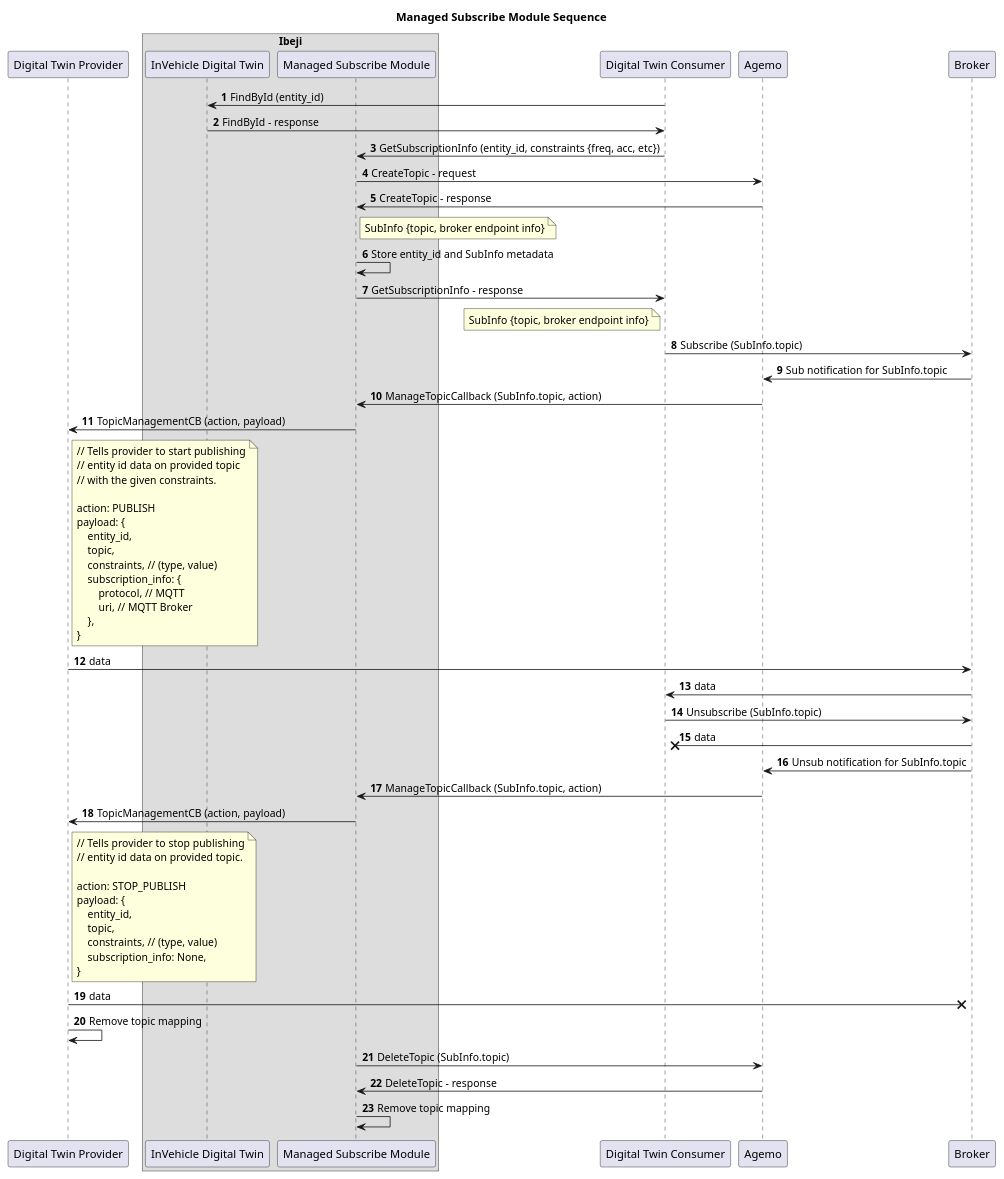
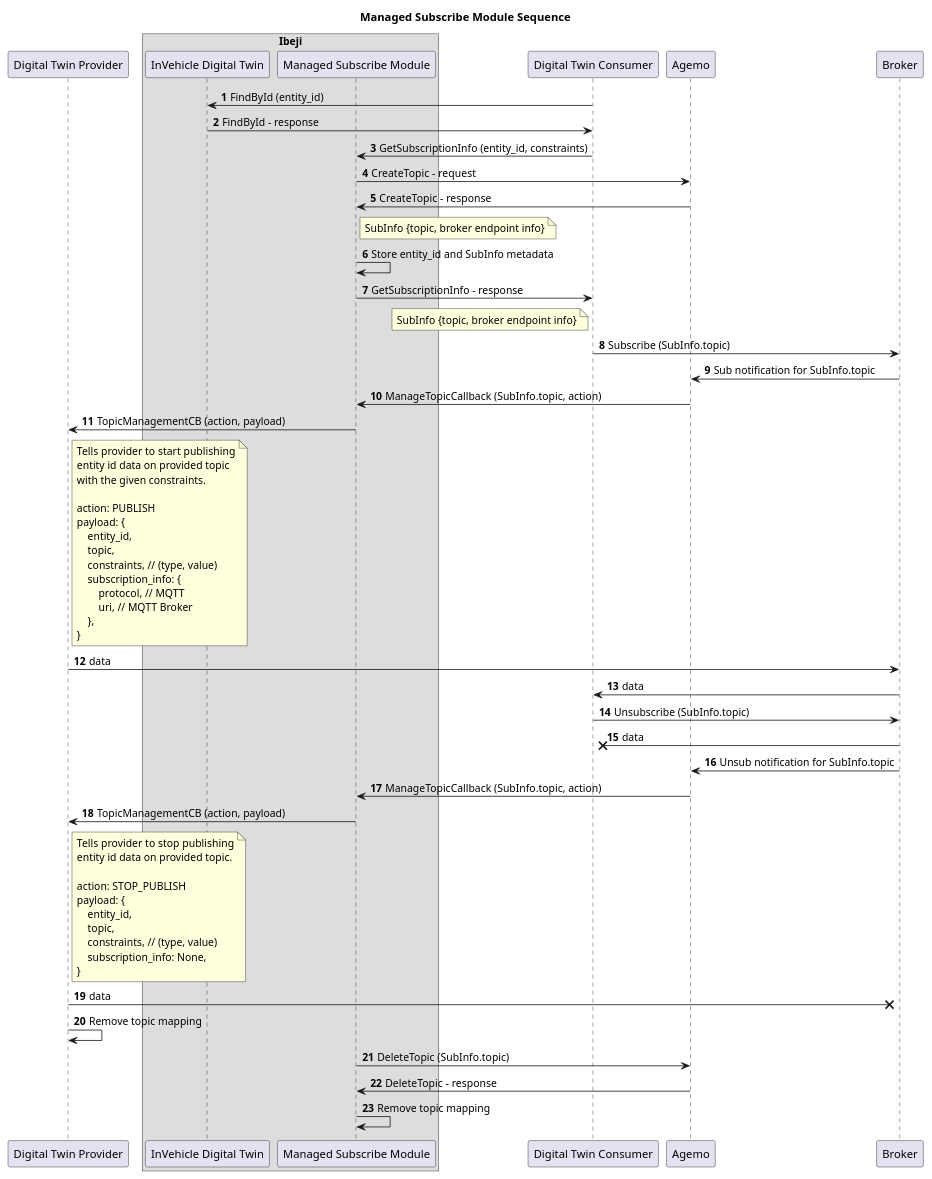
The diagram in docs/design/diagrams/managed_subscribe_module_sequence.puml (eclipse-ibeji/ibeji), drawn with PlantUML before and after one commit. The commit also changed 7 other files, not shown here.

Commit message:
Update diagrams

```diff
--- a/docs/design/diagrams/managed_subscribe_module_sequence.puml
+++ b/docs/design/diagrams/managed_subscribe_module_sequence.puml
@@ -1,67 +1,67 @@
 @startuml Managed Subscribe Module
 title Managed Subscribe Module Sequence
 participant "Digital Twin Provider" as DTProvider
 box "Ibeji"
 participant "InVehicle Digital Twin" as Ibeji
 participant "Managed Subscribe Module" as ManagedSubscribeModule
 end box
 participant "Digital Twin Consumer" as DTConsumer
 participant Agemo
 participant Broker
 
 autonumber
 
 DTConsumer -> Ibeji: FindById (entity_id)
 DTConsumer <- Ibeji: FindById - response
-DTConsumer -> ManagedSubscribeModule: GetSubscriptionInfo (entity_id, constraints {freq, acc, etc})
+DTConsumer -> ManagedSubscribeModule: GetSubscriptionInfo (entity_id, constraints)
 ManagedSubscribeModule -> Agemo: CreateTopic - request
 Agemo -> ManagedSubscribeModule: CreateTopic - response
 note right of ManagedSubscribeModule: SubInfo {topic, broker endpoint info}
 ManagedSubscribeModule -> ManagedSubscribeModule: Store entity_id and SubInfo metadata
 ManagedSubscribeModule -> DTConsumer: GetSubscriptionInfo - response
 note left of DTConsumer: SubInfo {topic, broker endpoint info}
 DTConsumer -> Broker: Subscribe (SubInfo.topic)
 Broker -> Agemo: Sub notification for SubInfo.topic
 Agemo -> ManagedSubscribeModule: ManageTopicCallback (SubInfo.topic, action)
 ManagedSubscribeModule -> DTProvider: TopicManagementCB (action, payload)
 note right of DTProvider
-// Tells provider to start publishing
-// entity id data on provided topic
-// with the given constraints.
+Tells provider to start publishing
+entity id data on provided topic
+with the given constraints.
 
 action: PUBLISH
 payload: {
     entity_id,
     topic,
     constraints, // (type, value)
     subscription_info: {
         protocol, // MQTT
         uri, // MQTT Broker
     },
 }
 end note
 DTProvider -> Broker: data
 DTConsumer <- Broker : data
 DTConsumer -> Broker: Unsubscribe (SubInfo.topic)
 DTConsumer x<- Broker: data
 Broker -> Agemo: Unsub notification for SubInfo.topic
 Agemo -> ManagedSubscribeModule: ManageTopicCallback (SubInfo.topic, action)
 DTProvider <- ManagedSubscribeModule: TopicManagementCB (action, payload)
 note right of DTProvider
-// Tells provider to stop publishing
-// entity id data on provided topic.
+Tells provider to stop publishing
+entity id data on provided topic.
 
 action: STOP_PUBLISH
 payload: {
     entity_id,
     topic,
     constraints, // (type, value)
     subscription_info: None,
 }
 end note
 DTProvider ->x Broker: data
 DTProvider -> DTProvider: Remove topic mapping
 ManagedSubscribeModule -> Agemo: DeleteTopic (SubInfo.topic)
 ManagedSubscribeModule <- Agemo: DeleteTopic - response
 ManagedSubscribeModule -> ManagedSubscribeModule: Remove topic mapping
 @enduml
```
